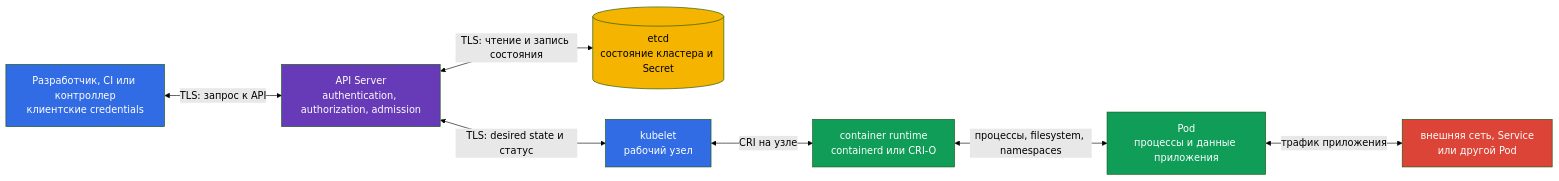
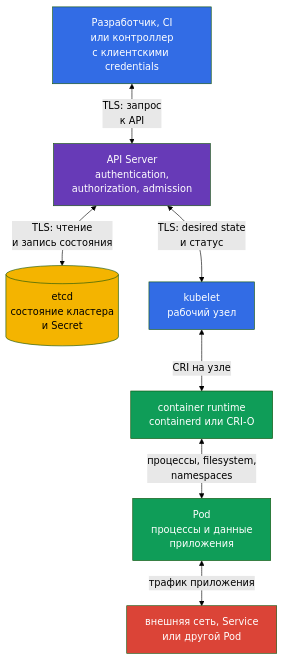
The diagram in tasks/kcsa/course/15/ru.md (ViktorUJ/cks), drawn with Mermaid (forest theme) before and after one commit. The commit also changed other lines of this file and 60 other files, not shown here.

````diff
--- a/tasks/kcsa/course/15/ru.md
+++ b/tasks/kcsa/course/15/ru.md
@@ -39,25 +39,25 @@
 ```mermaid
-flowchart LR
-    client["Разработчик, CI или контроллер<br/>клиентские credentials"]
-    api["API Server<br/>authentication, authorization, admission"]
-    etcd[("etcd<br/>состояние кластера и Secret")]
+flowchart TD
+    client["Разработчик, CI<br/>или контроллер<br/>с клиентскими credentials"]
+    api["API Server<br/>authentication,<br/>authorization, admission"]
+    etcd[("etcd<br/>состояние кластера<br/>и Secret")]
     kubelet["kubelet<br/>рабочий узел"]
     runtime["container runtime<br/>containerd или CRI-O"]
-    pod["Pod<br/>процессы и данные приложения"]
+    pod["Pod<br/>процессы и данные<br/>приложения"]
     net["внешняя сеть, Service<br/>или другой Pod"]
 
-    client <-->|"TLS: запрос к API"| api
-    api <-->|"TLS: чтение и запись состояния"| etcd
-    api <-->|"TLS: desired state и статус"| kubelet
+    client <-->|"TLS: запрос<br/>к API"| api
+    api <-->|"TLS: чтение<br/>и запись состояния"| etcd
+    api <-->|"TLS: desired state<br/>и статус"| kubelet
     kubelet <-->|"CRI на узле"| runtime
-    runtime <-->|"процессы, filesystem, namespaces"| pod
+    runtime <-->|"процессы, filesystem,<br/>namespaces"| pod
     pod <-->|"трафик приложения"| net
 
     style client fill:#326ce5,color:#fff
     style api fill:#673ab7,color:#fff
     style etcd fill:#f4b400,color:#000
     style kubelet fill:#326ce5,color:#fff
     style runtime fill:#0f9d58,color:#fff
     style pod fill:#0f9d58,color:#fff
     style net fill:#db4437,color:#fff
 ```
````
